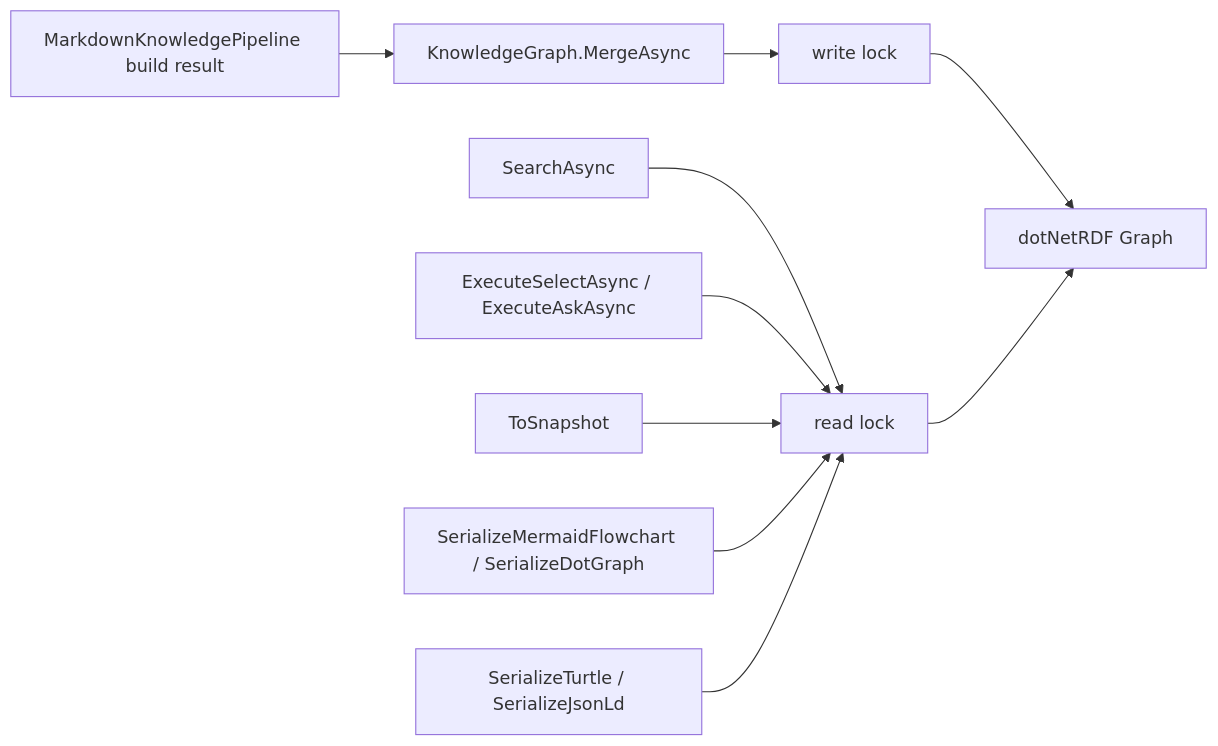
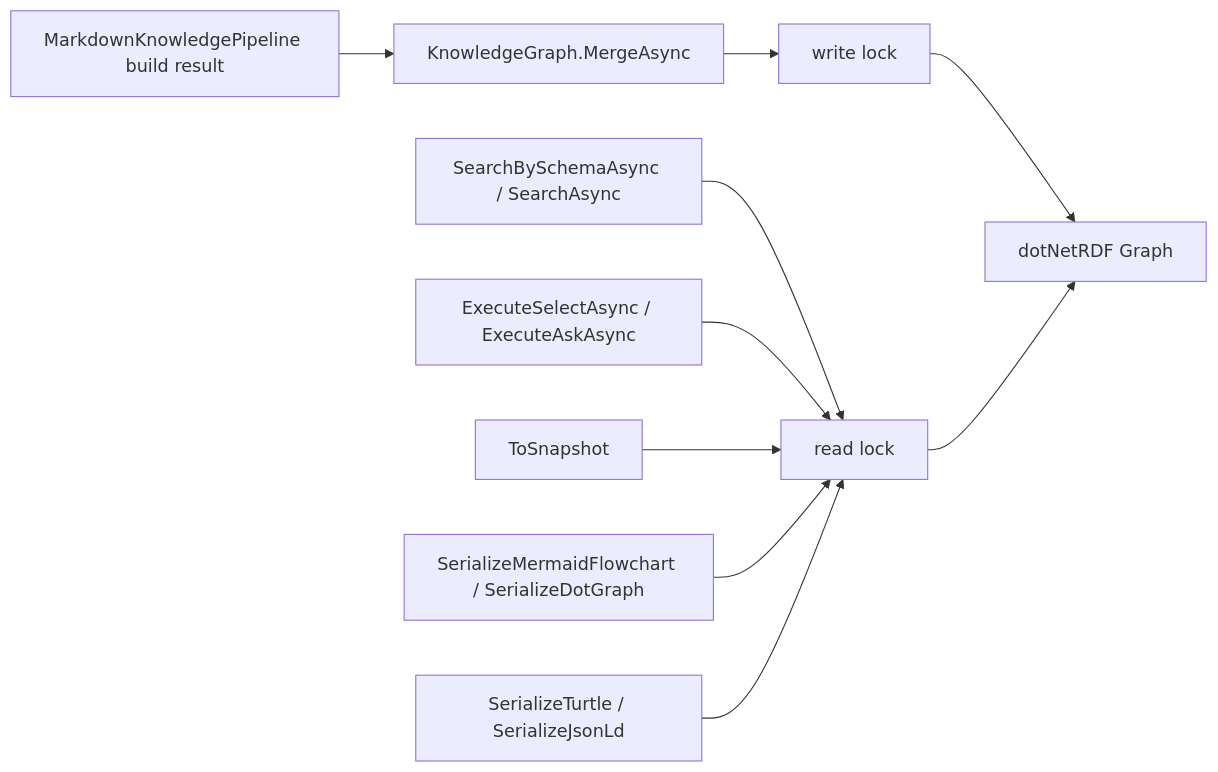
One commit to managedcode/markdown-ld-kb changed the tenth of 10 diagrams in docs/Architecture.md. Above: the diagram before and after it, drawn with Mermaid. The commit also changed other lines of this file and 37 other files, not shown here.

First line of the commit message:
Add schema-aware graph production pipeline

````diff
--- a/docs/Architecture.md
+++ b/docs/Architecture.md
@@ -263,12 +326,12 @@
 ```mermaid
 flowchart LR
     BuiltGraph["MarkdownKnowledgePipeline build result"] --> Merge["KnowledgeGraph.MergeAsync"]
     Merge --> WriteLock["write lock"]
-    Search["SearchAsync"] --> ReadLock["read lock"]
+    Search["SearchBySchemaAsync / SearchAsync"] --> ReadLock["read lock"]
     Select["ExecuteSelectAsync / ExecuteAskAsync"] --> ReadLock
     Snapshot["ToSnapshot"] --> ReadLock
     Diagram["SerializeMermaidFlowchart / SerializeDotGraph"] --> ReadLock
     Serialize["SerializeTurtle / SerializeJsonLd"] --> ReadLock
     WriteLock --> DotNetRdf["dotNetRDF Graph"]
     ReadLock --> DotNetRdf
 ```
````
